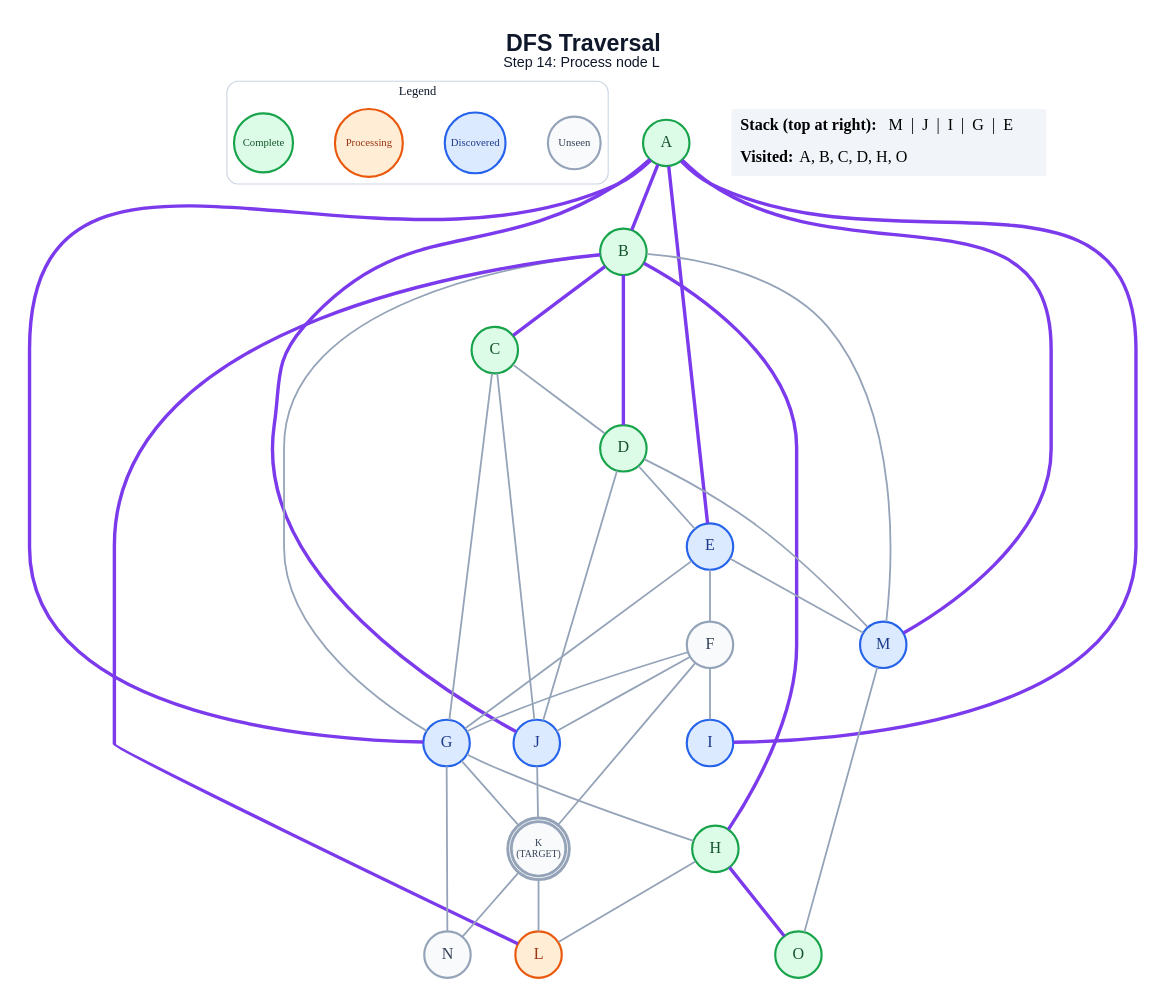
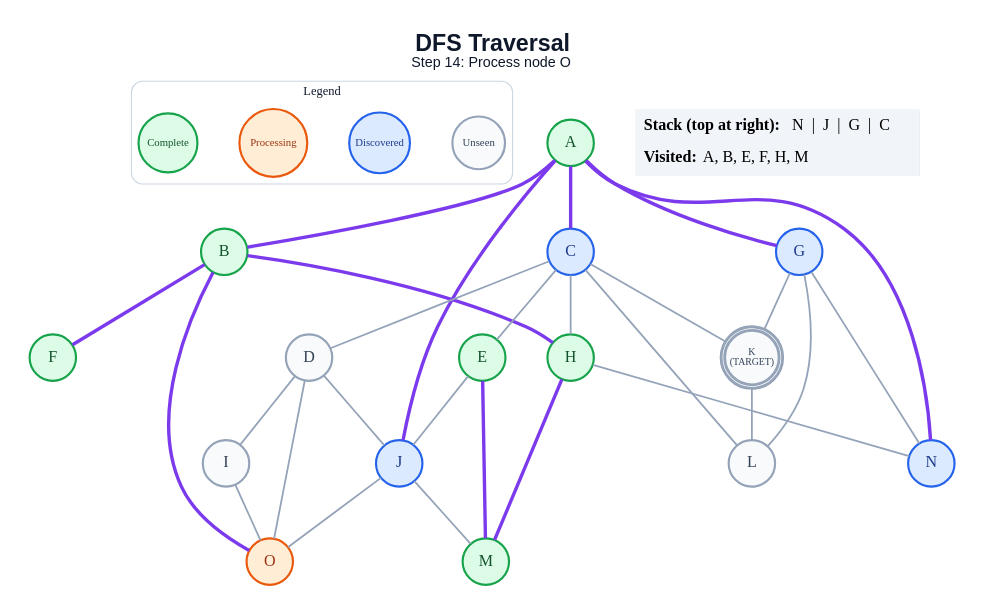
Before and after one commit to anon7238593-create/ai-slop: the diagram in generated/dfs/step_14.dot, drawn with Graphviz. The commit also changed 282 other files, not shown here.

```diff
--- a/generated/dfs/step_14.dot
+++ b/generated/dfs/step_14.dot
@@ -1,68 +1,61 @@
 graph traversal {
   graph [layout=dot, rankdir=TB, bgcolor="#FFFFFF", pad="0.35", nodesep="0.65", ranksep="0.8", fontname="Arial"];
   node [shape=circle, style="filled", fontname="Arial Bold", fontsize=18, width=0.72, fixedsize=true, penwidth=2.4];
   edge [color="#94A3B8", penwidth=2.0];
-  label=<<B>DFS Traversal</B><BR/><FONT POINT-SIZE="16">Step 14: Process node L</FONT>>; labelloc="t"; fontsize=26; fontname="Arial"; fontcolor="#0F172A";
+  label=<<B>DFS Traversal</B><BR/><FONT POINT-SIZE="16">Step 14: Process node O</FONT>>; labelloc="t"; fontsize=26; fontname="Arial"; fontcolor="#0F172A";
   subgraph cluster_legend { label="Legend"; color="#CBD5E1"; penwidth=1.2; style="rounded"; fontsize=14; fontname="Arial Bold";
     key_unseen [label="Unseen", fillcolor="#F8FAFC", color="#94A3B8", fontcolor="#334155", fontsize=12, width=0.82];
     key_frontier [label="Discovered", fillcolor="#DBEAFE", color="#2563EB", fontcolor="#1E3A8A", fontsize=12, width=0.95];
     key_current [label="Processing", fillcolor="#FFEDD5", color="#EA580C", fontcolor="#9A3412", fontsize=12, width=1.05];
     key_done [label="Complete", fillcolor="#DCFCE7", color="#16A34A", fontcolor="#14532D", fontsize=12, width=0.92];
     { rank=same; key_unseen; key_frontier; key_current; key_done; }
   }
   A [label="A", fillcolor="#DCFCE7", color="#16A34A", fontcolor="#14532D", peripheries=1, penwidth=2.4];
   B [label="B", fillcolor="#DCFCE7", color="#16A34A", fontcolor="#14532D", peripheries=1, penwidth=2.4];
-  C [label="C", fillcolor="#DCFCE7", color="#16A34A", fontcolor="#14532D", peripheries=1, penwidth=2.4];
-  D [label="D", fillcolor="#DCFCE7", color="#16A34A", fontcolor="#14532D", peripheries=1, penwidth=2.4];
-  E [label="E", fillcolor="#DBEAFE", color="#2563EB", fontcolor="#1E3A8A", peripheries=1, penwidth=2.4];
-  F [label="F", fillcolor="#F8FAFC", color="#94A3B8", fontcolor="#334155", peripheries=1, penwidth=2.4];
+  C [label="C", fillcolor="#DBEAFE", color="#2563EB", fontcolor="#1E3A8A", peripheries=1, penwidth=2.4];
+  D [label="D", fillcolor="#F8FAFC", color="#94A3B8", fontcolor="#334155", peripheries=1, penwidth=2.4];
+  E [label="E", fillcolor="#DCFCE7", color="#16A34A", fontcolor="#14532D", peripheries=1, penwidth=2.4];
+  F [label="F", fillcolor="#DCFCE7", color="#16A34A", fontcolor="#14532D", peripheries=1, penwidth=2.4];
   G [label="G", fillcolor="#DBEAFE", color="#2563EB", fontcolor="#1E3A8A", peripheries=1, penwidth=2.4];
   H [label="H", fillcolor="#DCFCE7", color="#16A34A", fontcolor="#14532D", peripheries=1, penwidth=2.4];
-  I [label="I", fillcolor="#DBEAFE", color="#2563EB", fontcolor="#1E3A8A", peripheries=1, penwidth=2.4];
+  I [label="I", fillcolor="#F8FAFC", color="#94A3B8", fontcolor="#334155", peripheries=1, penwidth=2.4];
   J [label="J", fillcolor="#DBEAFE", color="#2563EB", fontcolor="#1E3A8A", peripheries=1, penwidth=2.4];
   K [label="K\n(TARGET)", fillcolor="#F8FAFC", color="#94A3B8", fontcolor="#334155", peripheries=2, penwidth=3.2, fontsize=11, width=0.85, height=0.85];
-  L [label="L", fillcolor="#FFEDD5", color="#EA580C", fontcolor="#9A3412", peripheries=1, penwidth=2.4];
-  M [label="M", fillcolor="#DBEAFE", color="#2563EB", fontcolor="#1E3A8A", peripheries=1, penwidth=2.4];
-  N [label="N", fillcolor="#F8FAFC", color="#94A3B8", fontcolor="#334155", peripheries=1, penwidth=2.4];
-  O [label="O", fillcolor="#DCFCE7", color="#16A34A", fontcolor="#14532D", peripheries=1, penwidth=2.4];
+  L [label="L", fillcolor="#F8FAFC", color="#94A3B8", fontcolor="#334155", peripheries=1, penwidth=2.4];
+  M [label="M", fillcolor="#DCFCE7", color="#16A34A", fontcolor="#14532D", peripheries=1, penwidth=2.4];
+  N [label="N", fillcolor="#DBEAFE", color="#2563EB", fontcolor="#1E3A8A", peripheries=1, penwidth=2.4];
+  O [label="O", fillcolor="#FFEDD5", color="#EA580C", fontcolor="#9A3412", peripheries=1, penwidth=2.4];
   A -- B [color="#7C3AED", penwidth=3.8];
-  A -- E [color="#7C3AED", penwidth=3.8];
+  A -- C [color="#7C3AED", penwidth=3.8];
   A -- G [color="#7C3AED", penwidth=3.8];
-  A -- I [color="#7C3AED", penwidth=3.8];
   A -- J [color="#7C3AED", penwidth=3.8];
-  A -- M [color="#7C3AED", penwidth=3.8];
-  B -- C [color="#7C3AED", penwidth=3.8];
-  B -- D [color="#7C3AED", penwidth=3.8];
-  B -- G;
+  A -- N [color="#7C3AED", penwidth=3.8];
+  B -- F [color="#7C3AED", penwidth=3.8];
   B -- H [color="#7C3AED", penwidth=3.8];
-  B -- L [color="#7C3AED", penwidth=3.8];
-  B -- M;
+  B -- O [color="#7C3AED", penwidth=3.8];
   C -- D;
-  C -- G;
-  C -- J;
-  D -- E;
+  C -- E;
+  C -- H;
+  C -- K;
+  C -- L;
+  D -- I;
   D -- J;
-  D -- M;
-  E -- F;
-  E -- G;
-  E -- M;
-  F -- G;
-  F -- I;
-  F -- J;
-  F -- K;
-  G -- H;
+  D -- O;
+  E -- J;
+  E -- M [color="#7C3AED", penwidth=3.8];
   G -- K;
+  G -- L;
   G -- N;
-  H -- L;
-  H -- O [color="#7C3AED", penwidth=3.8];
-  J -- K;
+  H -- M [color="#7C3AED", penwidth=3.8];
+  H -- N;
+  I -- O;
+  J -- M;
+  J -- O;
   K -- L;
-  K -- N;
-  M -- O;
   status [shape=plain, fixedsize=false, width=0, height=0, margin=0, label=<
     <TABLE BORDER="0" CELLBORDER="0" CELLPADDING="7" BGCOLOR="#F1F5F9">
-      <TR><TD ALIGN="LEFT"><B>Stack (top at right):</B> M  |  J  |  I  |  G  |  E</TD></TR>
-      <TR><TD ALIGN="LEFT"><B>Visited:</B> A, B, C, D, H, O</TD></TR>
+      <TR><TD ALIGN="LEFT"><B>Stack (top at right):</B> N  |  J  |  G  |  C</TD></TR>
+      <TR><TD ALIGN="LEFT"><B>Visited:</B> A, B, E, F, H, M</TD></TR>
     </TABLE>
   >];
 }
```
